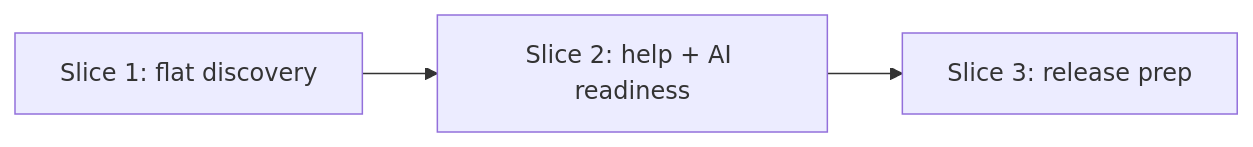
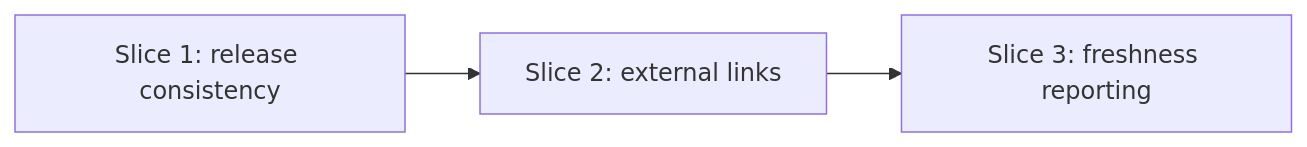
Before and after one commit to swanson-dev/Repo-Standards-Kit: the diagram in docs/05-implementation-plan.md, drawn with Mermaid. The commit also changed other lines of this file and 6 other files, not shown here.

````diff
--- a/docs/05-implementation-plan.md
+++ b/docs/05-implementation-plan.md
@@ -68,5 +66,5 @@
 ```mermaid
 flowchart LR
-  S1[Slice 1: flat discovery] --> S2[Slice 2: help + AI readiness]
-  S2 --> S3[Slice 3: release prep]
+  S1[Slice 1: release consistency] --> S2[Slice 2: external links]
+  S2 --> S3[Slice 3: freshness reporting]
 ```
````
